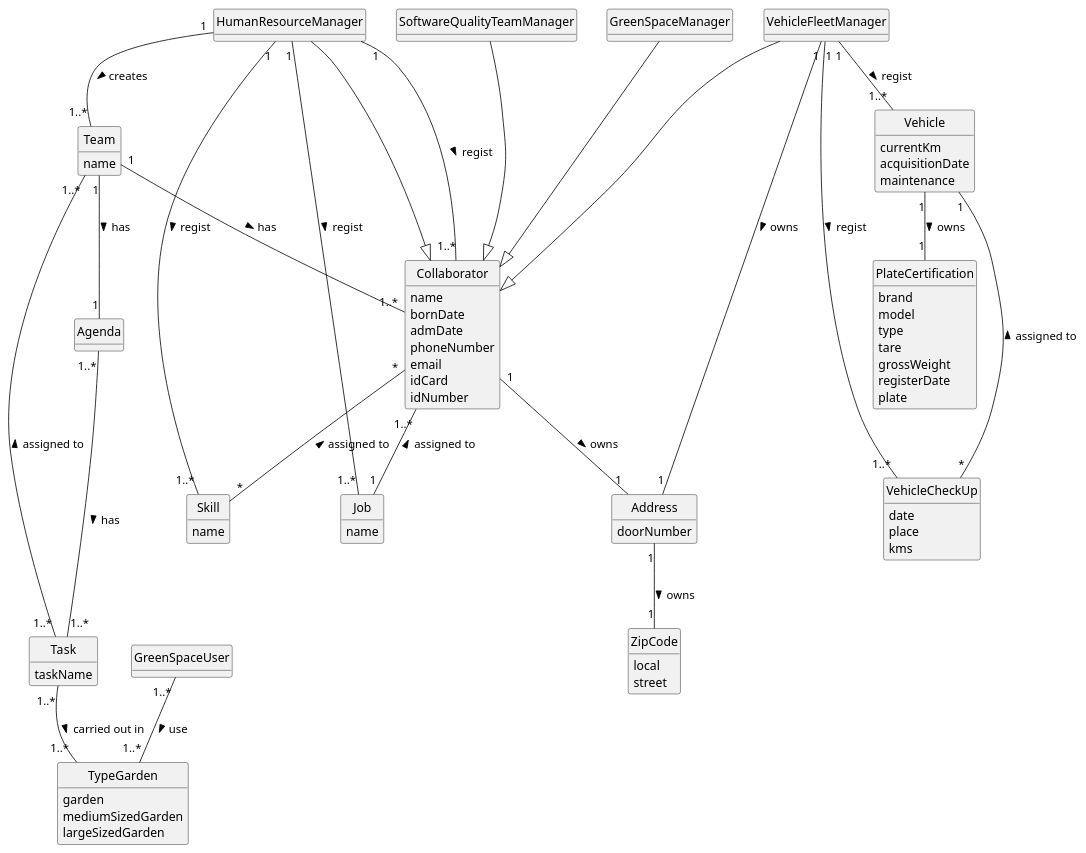
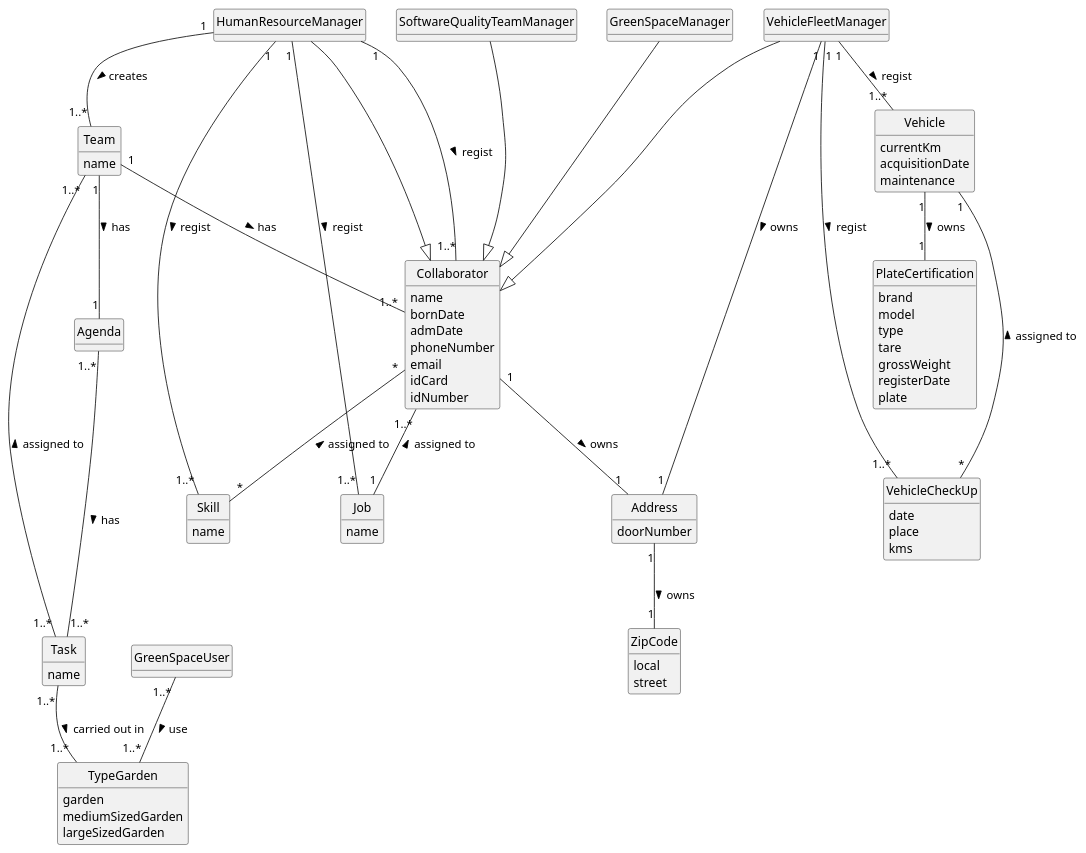
Before and after one commit to 1231360-ISEP/lei-24-s2-1db-g021: the diagram in docs/sprint2/global-artifacts/02.analysis/puml/project-domain-model.puml, drawn with PlantUML. The commit also changed 22 other files, not shown here.

Commit message:
Update US01 and US05 - Class Diagram and SVG.

```diff
--- a/docs/sprint2/global-artifacts/02.analysis/puml/project-domain-model.puml
+++ b/docs/sprint2/global-artifacts/02.analysis/puml/project-domain-model.puml
@@ -1,117 +1,117 @@
 @startuml
 skinparam monochrome true
 skinparam packageStyle rectangle
 skinparam shadowing false
 skinparam classAttributeIconSize 0
 hide circle
 hide methods
 
 
 class Collaborator {
     name
     bornDate
     admDate
     phoneNumber
     email
     idCard
     idNumber
 }
 
 class Address {
     doorNumber
 }
 
 class ZipCode {
     local
     street
 }
 
 class HumanResourceManager {}
 
 class VehicleFleetManager {}
 
 class SoftwareQualityTeamManager {}
 
 class GreenSpaceManager {}
 
 class GreenSpaceUser {}
 
 class Skill {
     name
 }
 
 class Job {
     name
 }
 
 class Task {
-    taskName
+    name
 }
 
 class Team {
     name
 }
 
 class Vehicle {
     currentKm
     acquisitionDate
     maintenance
 }
 
 class PlateCertification {
     brand
     model
     type
     tare
     grossWeight
     registerDate
     plate
 }
 
 class VehicleCheckUp {
     date
     place
     kms
 }
 
 class TypeGarden {
     garden
     mediumSizedGarden
     largeSizedGarden
 }
 
 class Agenda {}
 
 HumanResourceManager "1" --"1..*" Skill : regist >
 HumanResourceManager "1" -- "1..*" Job : regist >
 HumanResourceManager "1" -- "1..*" Collaborator : regist >
 HumanResourceManager "1" -- "1..*" Team : creates >
 
 VehicleFleetManager ---|> Collaborator
 HumanResourceManager ---|> Collaborator
 SoftwareQualityTeamManager ---|> Collaborator
 GreenSpaceManager ---|> Collaborator
 
 Collaborator "1..*" -- "1" Job : assigned to <
 Collaborator "*" -- "*" Skill : assigned to <
 Collaborator "1" -- "1" Address: owns >
 Address "1" -- "1" ZipCode : owns >
 
 Team "1" -- "1..*" Collaborator : has >
 Team "1" -- "1" Agenda : has >
 Task "1..*" -- "1..*" Team : assigned to >
 Agenda "1..*" --- "1..*" Task : has >
 
 VehicleFleetManager "1" -- "1..*" Vehicle : regist >
 VehicleFleetManager "1" -- "1..*" VehicleCheckUp : regist >
 VehicleFleetManager "1" -- "1" Address: owns >
 
 Vehicle "1" --- "*" VehicleCheckUp : assigned to <
 Vehicle "1" -- "1" PlateCertification : owns >
 
 Task "1..*" -- "1..*" TypeGarden : carried out in >
 
 GreenSpaceUser "1..*" -- "1..*" TypeGarden : use >
 
 
 @enduml
```
